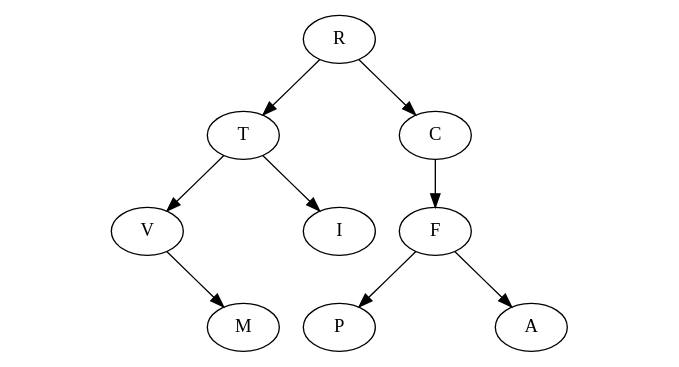
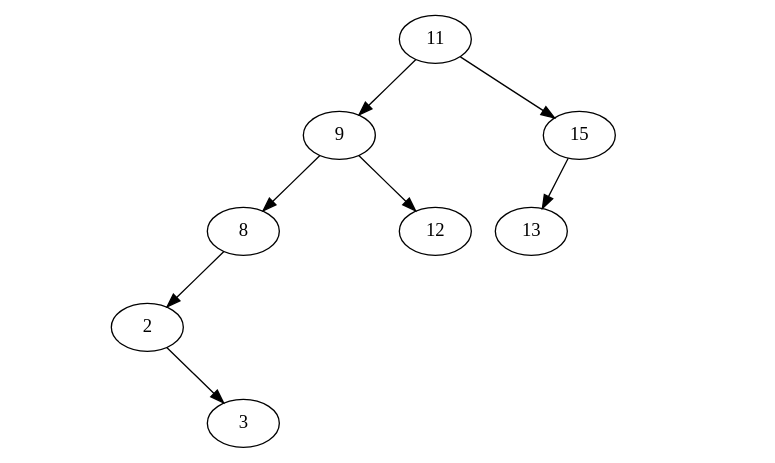
Before and after one commit to fabricenativel/cpge-info: the diagram in docs/mp2i/files/C12/temp.gv, drawn with Graphviz. The commit also changed 52 other files, not shown here.

```diff
--- a/docs/mp2i/files/C12/temp.gv
+++ b/docs/mp2i/files/C12/temp.gv
@@ -1,24 +1,25 @@
 digraph mygraph {
- R -> T
+11 -> 9
 I0 [style=invis]
- R -> I0 [style=invis]
-R -> C
-T -> V
+ 11 -> I0 [style=invis]
+11 -> 15
+9 -> 8
 I1 [style=invis]
- T -> I1 [style=invis]
-T -> I
+ 9 -> I1 [style=invis]
+9 -> 12
+8 -> 2
 I2 [style=invis]
- V -> I2 [style=invis]
+ 8 -> I2 [style=invis]
 I3 [style=invis]
- V -> I3 [style=invis]
-V -> M
-C -> F
+ 8 -> I3 [style=invis]
 I4 [style=invis]
- C -> I4 [style=invis]
+ 2 -> I4 [style=invis]
 I5 [style=invis]
- C -> I5 [style=invis]
-F -> P
+ 2 -> I5 [style=invis]
+2 -> 3
+15 -> 13
 I6 [style=invis]
- F -> I6 [style=invis]
-F -> A
+ 15 -> I6 [style=invis]
+I7 [style=invis]
+ 15 -> I7 [style=invis]
 }
```
